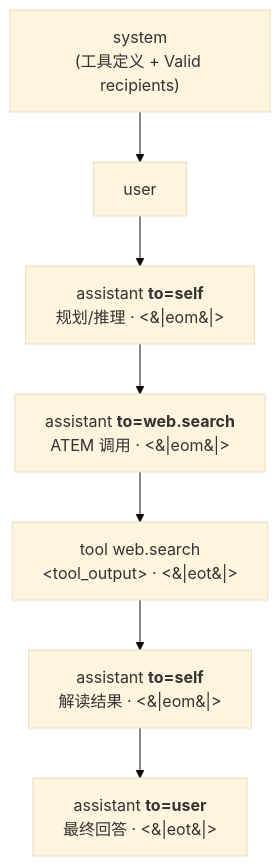
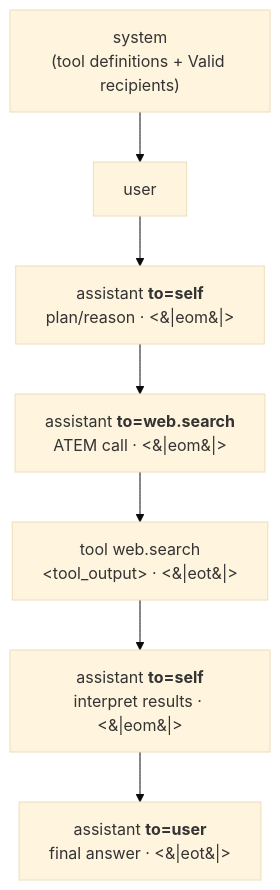
The second of 3 diagrams in content/en/prompting/Chat Templates.md (justinchuby/onnx-genai-wiki), drawn with Mermaid (base theme) before and after one commit. The commit also changed other lines of this file and 6 other files, not shown here.

````diff
--- a/content/en/prompting/Chat Templates.md
+++ b/content/en/prompting/Chat Templates.md
@@ -323,9 +323,9 @@
 ```mermaid
 flowchart TD
-    S["system<br/>(工具定义 + Valid recipients)"] --> U["user"]
-    U --> A1["assistant <b>to=self</b><br/>规划/推理 · &lt;&#124;eom&#124;&gt;"]
-    A1 --> A2["assistant <b>to=web.search</b><br/>ATEM 调用 · &lt;&#124;eom&#124;&gt;"]
+    S["system<br/>(tool definitions + Valid recipients)"] --> U["user"]
+    U --> A1["assistant <b>to=self</b><br/>plan/reason · &lt;&#124;eom&#124;&gt;"]
+    A1 --> A2["assistant <b>to=web.search</b><br/>ATEM call · &lt;&#124;eom&#124;&gt;"]
     A2 --> T["tool web.search<br/>&lt;tool_output&gt; · &lt;&#124;eot&#124;&gt;"]
-    T --> A3["assistant <b>to=self</b><br/>解读结果 · &lt;&#124;eom&#124;&gt;"]
-    A3 --> A4["assistant <b>to=user</b><br/>最终回答 · &lt;&#124;eot&#124;&gt;"]
+    T --> A3["assistant <b>to=self</b><br/>interpret results · &lt;&#124;eom&#124;&gt;"]
+    A3 --> A4["assistant <b>to=user</b><br/>final answer · &lt;&#124;eot&#124;&gt;"]
 ```
````
